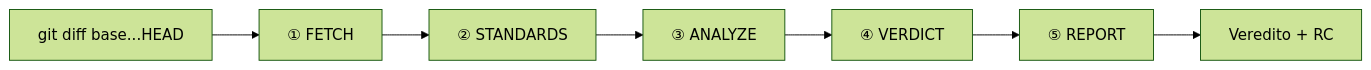
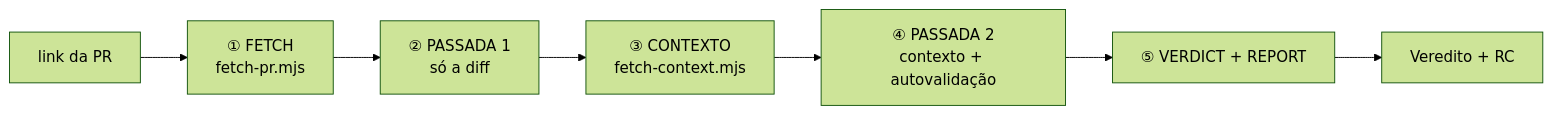
The diagram in README.md (cardosoGu/PR-reviewer), drawn with Mermaid (forest theme) before and after one commit. The commit also changed other lines of this file and 6 other files, not shown here.

````diff
--- a/README.md
+++ b/README.md
@@ -13,9 +11,9 @@
 ```mermaid
 flowchart LR
-    GIT["git diff base...HEAD"] --> A["① FETCH"]
-    A --> B["② STANDARDS"]
-    B --> C["③ ANALYZE"]
-    C --> D["④ VERDICT"]
-    D --> E["⑤ REPORT"]
+    LINK["link da PR"] --> A["① FETCH<br/>fetch-pr.mjs"]
+    A --> B["② PASSADA 1<br/>só a diff"]
+    B --> C["③ CONTEXTO<br/>fetch-context.mjs"]
+    C --> D["④ PASSADA 2<br/>contexto + autovalidação"]
+    D --> E["⑤ VERDICT + REPORT"]
     E --> OUT["Veredito + RC"]
 ```
````
